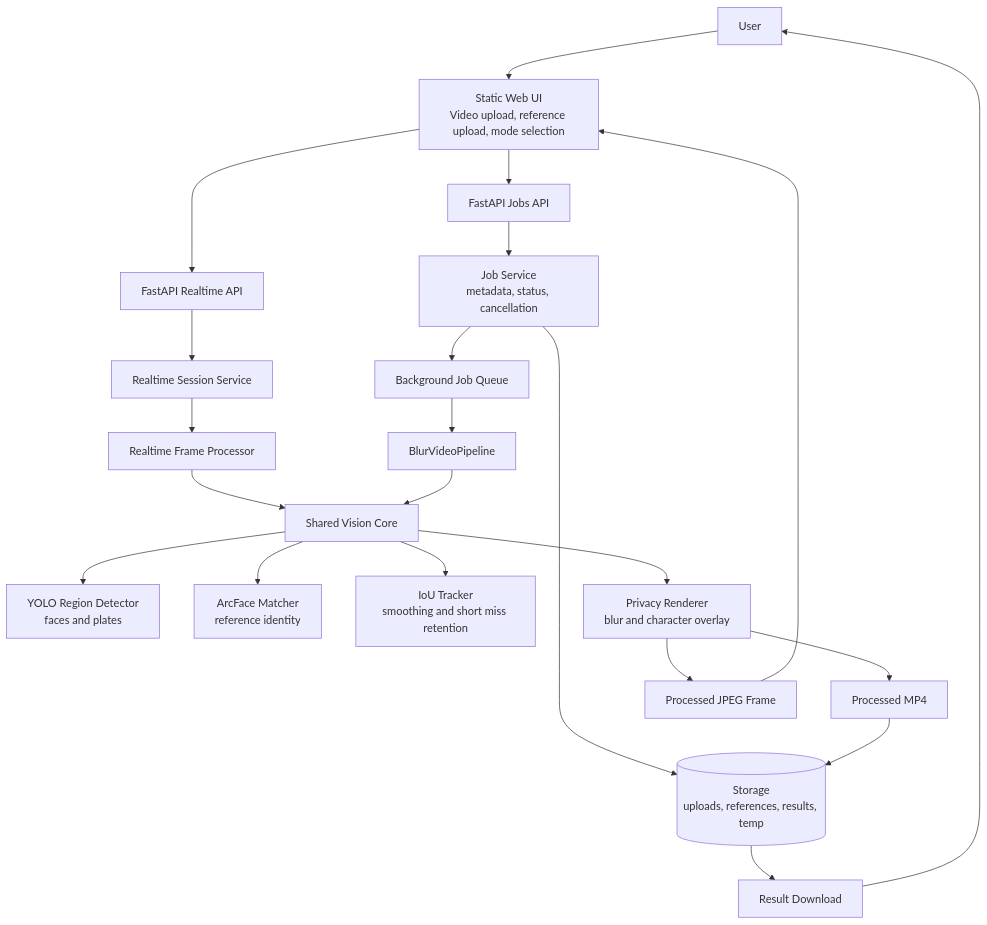
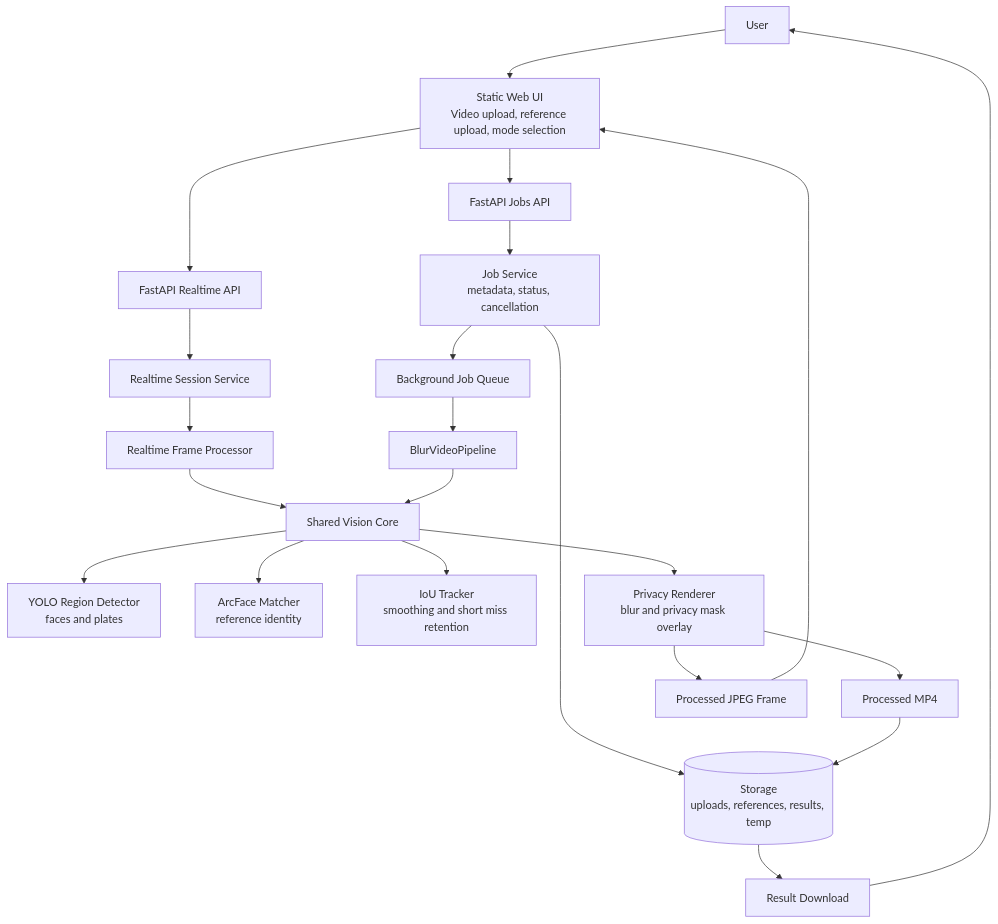
One commit to iamdbstjd/Deepdetect changed the diagram in README.md. Above: the diagram before and after it, drawn with Mermaid. The commit also changed other lines of this file and 22 other files, not shown here.

````diff
--- a/README.md
+++ b/README.md
@@ -48,29 +48,29 @@
 ```mermaid
 flowchart TD
     User[User] --> WebUI[Static Web UI<br/>Video upload, reference upload, mode selection]
     WebUI --> JobsAPI[FastAPI Jobs API]
     WebUI --> RealtimeAPI[FastAPI Realtime API]
 
     JobsAPI --> JobService[Job Service<br/>metadata, status, cancellation]
     JobService --> Queue[Background Job Queue]
     Queue --> Pipeline[BlurVideoPipeline]
 
     RealtimeAPI --> RealtimeSession[Realtime Session Service]
     RealtimeSession --> FrameProcessor[Realtime Frame Processor]
     FrameProcessor --> VisionCore[Shared Vision Core]
     Pipeline --> VisionCore
 
     VisionCore --> Detector[YOLO Region Detector<br/>faces and plates]
     VisionCore --> Matcher[ArcFace Matcher<br/>reference identity]
     VisionCore --> Tracker[IoU Tracker<br/>smoothing and short miss retention]
-    VisionCore --> Renderer[Privacy Renderer<br/>blur and character overlay]
+    VisionCore --> Renderer[Privacy Renderer<br/>blur and privacy mask overlay]
 
     Renderer --> OutputVideo[Processed MP4]
     Renderer --> OutputFrame[Processed JPEG Frame]
 
     JobService --> Storage[(Storage<br/>uploads, references, results, temp)]
     OutputVideo --> Storage
     Storage --> Download[Result Download]
     Download --> User
     OutputFrame --> WebUI
 ```
````
